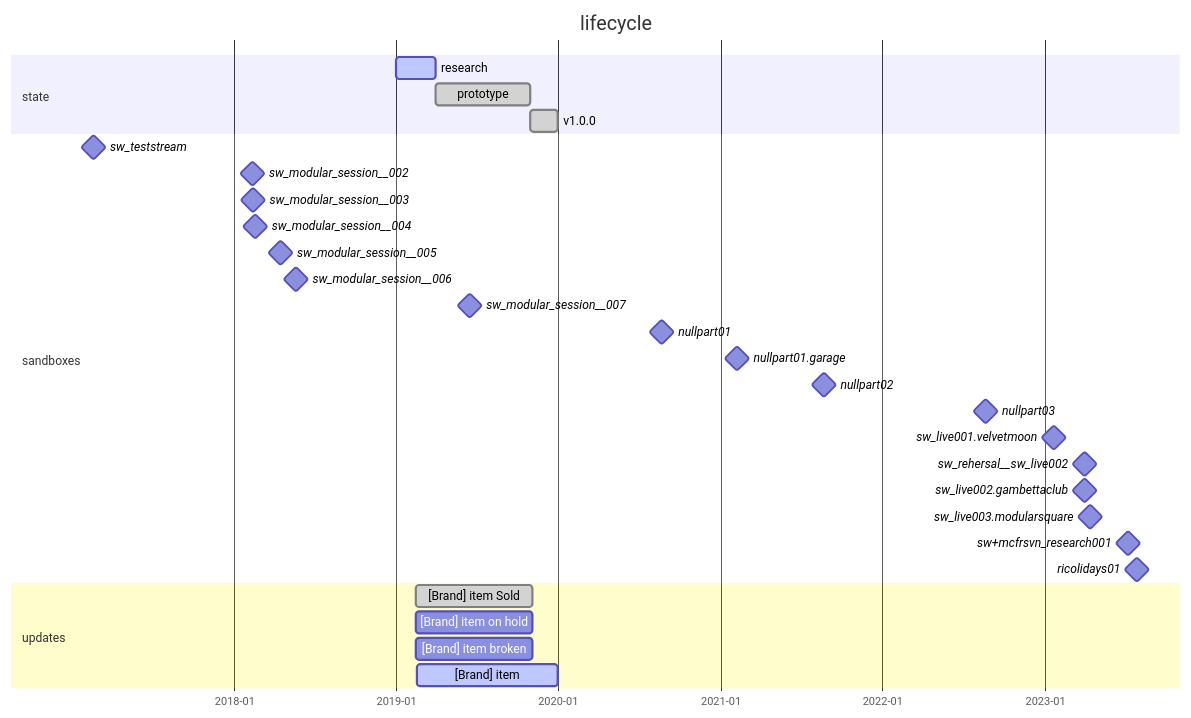
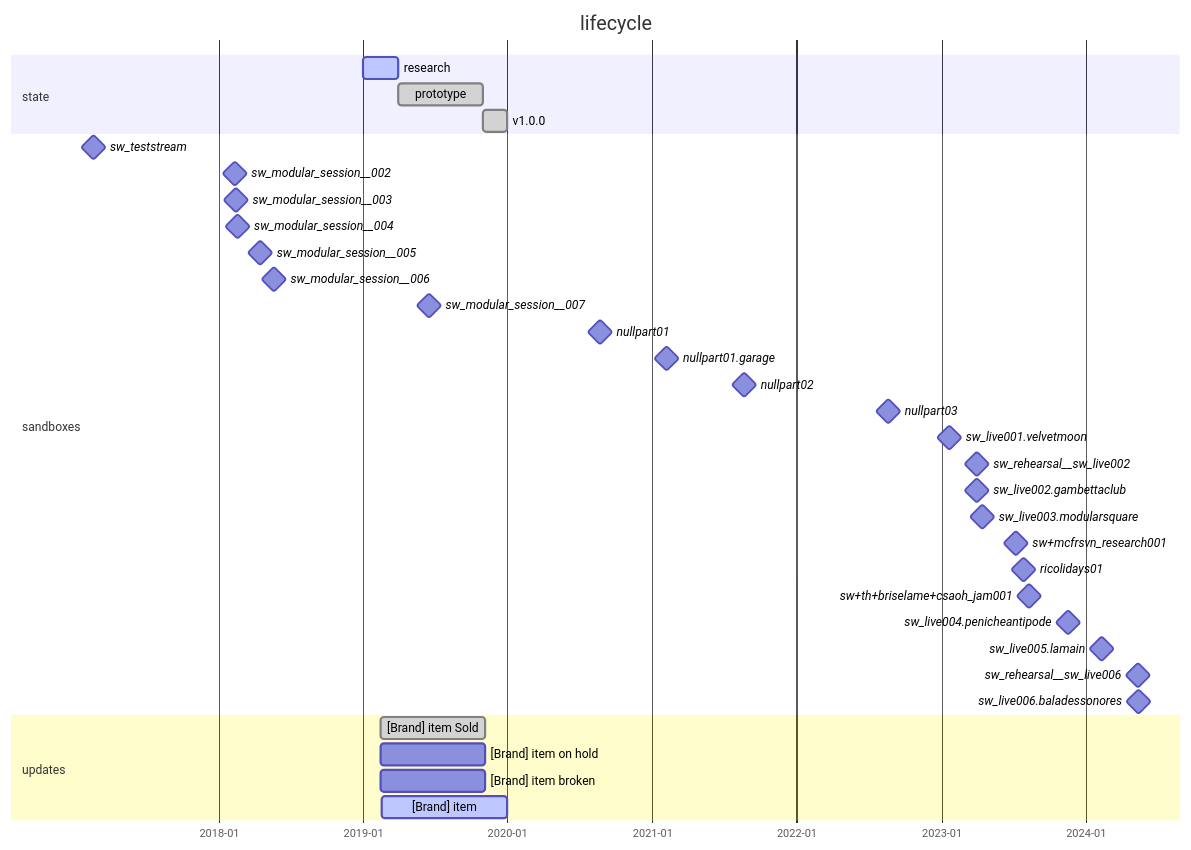
Before and after one commit to bill-of-materials/data: the diagram in ELEMENTS/.template.md, drawn with Mermaid. The commit also changed 4 other files, not shown here.

````diff
--- a/ELEMENTS/.template.md
+++ b/ELEMENTS/.template.md
@@ -9,38 +9,43 @@
 ```mermaid
 gantt
   todayMarker off
 
   title         lifecycle
   dateFormat    YYYY-MM-DD
   axisFormat    %Y-%m
 
   section state
   research              :active,    2018-12-31, 2019-03-31
   prototype             :done,      2019-03-31, 2019-10-31
   v1.0.0                :done,      2019-10-31, 2019-12-31
 
   section sandboxes
   sw_teststream                :milestone, 2017-02-19, 1d
   sw_modular_session__002      :milestone, 2018-02-11, 1d
   sw_modular_session__003      :milestone, 2018-02-13, 1d
   sw_modular_session__004      :milestone, 2018-02-18, 1d
   sw_modular_session__005      :milestone, 2018-04-16, 1d
   sw_modular_session__006      :milestone, 2018-05-20, 1d
   sw_modular_session__007      :milestone, 2019-06-16, 1d
   nullpart01                   :milestone, 2020-08-14, 2020-08-28
   nullpart01.garage            :milestone, 2021-02-06, 2021-02-07
   nullpart02                   :milestone, 2021-08-14, 2021-08-28
   nullpart03                   :milestone, 2022-08-14, 2022-08-28
   sw_live001.velvetmoon        :milestone, 2023-01-21, 1d
-  sw_rehersal__sw_live002      :milestone, 2023-03-31, 1d
+  sw_rehearsal__sw_live002     :milestone, 2023-03-31, 1d
   sw_live002.gambettaclub      :milestone, 2023-03-31, 1d
   sw_live003.modularsquare     :milestone, 2023-04-13, 1d
   sw+mcfrsvn_research001       :milestone, 2023-07-07, 2d
   ricolidays01                 :milestone, 2023-07-24, 2023-07-31
+  sw+th+briselame+csaoh_jam001 :milestone, 2023-08-10, 1d
+  sw_live004.penicheantipode   :milestone, 2023-11-16, 1d
+  sw_live005.lamain            :milestone, 2024-02-09, 1d
+  sw_rehearsal__sw_live006     :milestone, 2024-05-11, 1d
+  sw_live006.baladessonores    :milestone, 2024-05-12, 1d
 
   section updates
   [Brand] item Sold                             :done,      2019-02-14, 2019-11-04
   [Brand] item on hold                          : ,         2019-02-14, 2019-11-04
   [Brand] item broken                           :critical,  2019-02-14, 2019-11-04
   [Brand] item                                  :active,    2019-02-18, 2019-12-31
 ```
````
